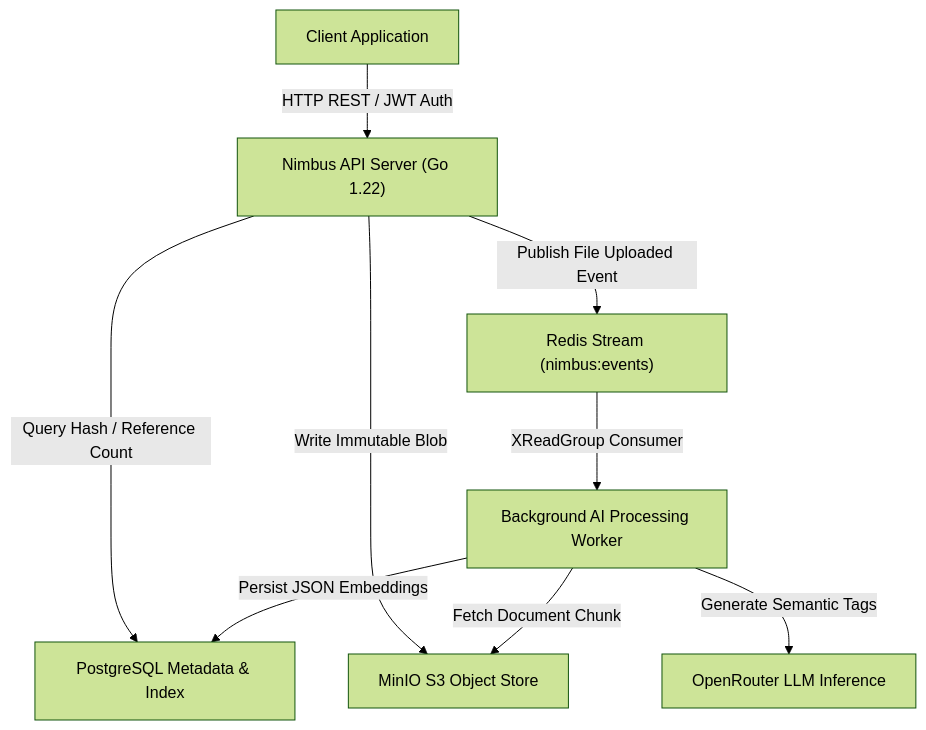
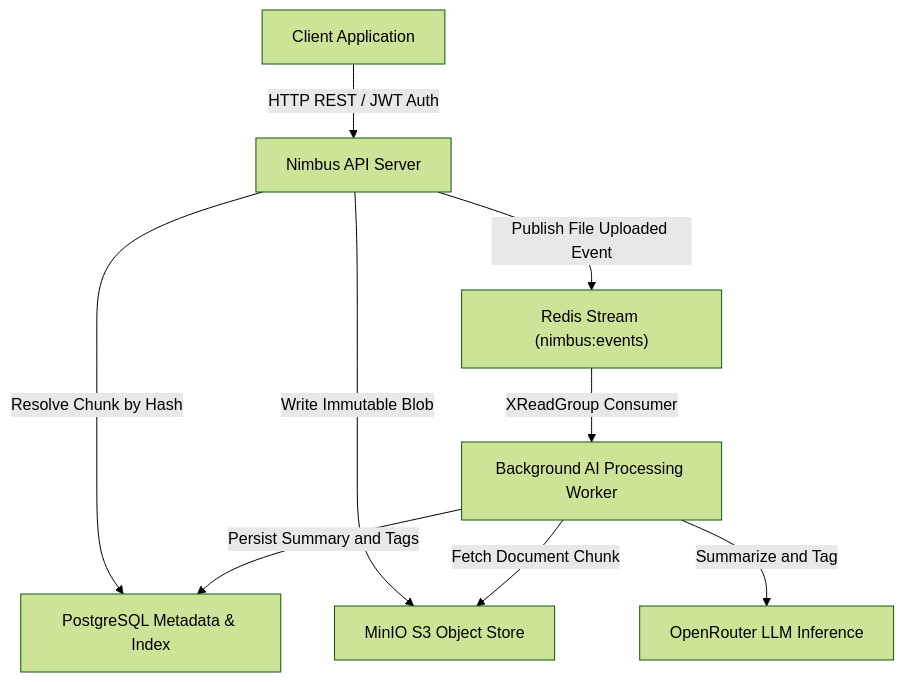
Before and after one commit to adoniasketema/distributed-cloud-system: the first of 2 diagrams in README.md, drawn with Mermaid (forest theme). The commit also changed other lines of this file and 12 other files, not shown here.

````diff
--- a/README.md
+++ b/README.md
@@ -14,11 +16,11 @@
 ```mermaid
 graph TD
-    Client["Client Application"] -->|HTTP REST / JWT Auth| API["Nimbus API Server (Go 1.22)"]
-    API -->|Query Hash / Reference Count| DB["PostgreSQL Metadata & Index"]
+    Client["Client Application"] -->|HTTP REST / JWT Auth| API["Nimbus API Server"]
+    API -->|Resolve Chunk by Hash| DB["PostgreSQL Metadata &amp; Index"]
     API -->|Write Immutable Blob| S3["MinIO S3 Object Store"]
     API -->|Publish File Uploaded Event| Stream["Redis Stream (nimbus:events)"]
     Stream -->|XReadGroup Consumer| Worker["Background AI Processing Worker"]
     Worker -->|Fetch Document Chunk| S3
-    Worker -->|Generate Semantic Tags| AI["OpenRouter LLM Inference"]
-    Worker -->|Persist JSON Embeddings| DB
+    Worker -->|Summarize and Tag| AI["OpenRouter LLM Inference"]
+    Worker -->|Persist Summary and Tags| DB
 ```
````
